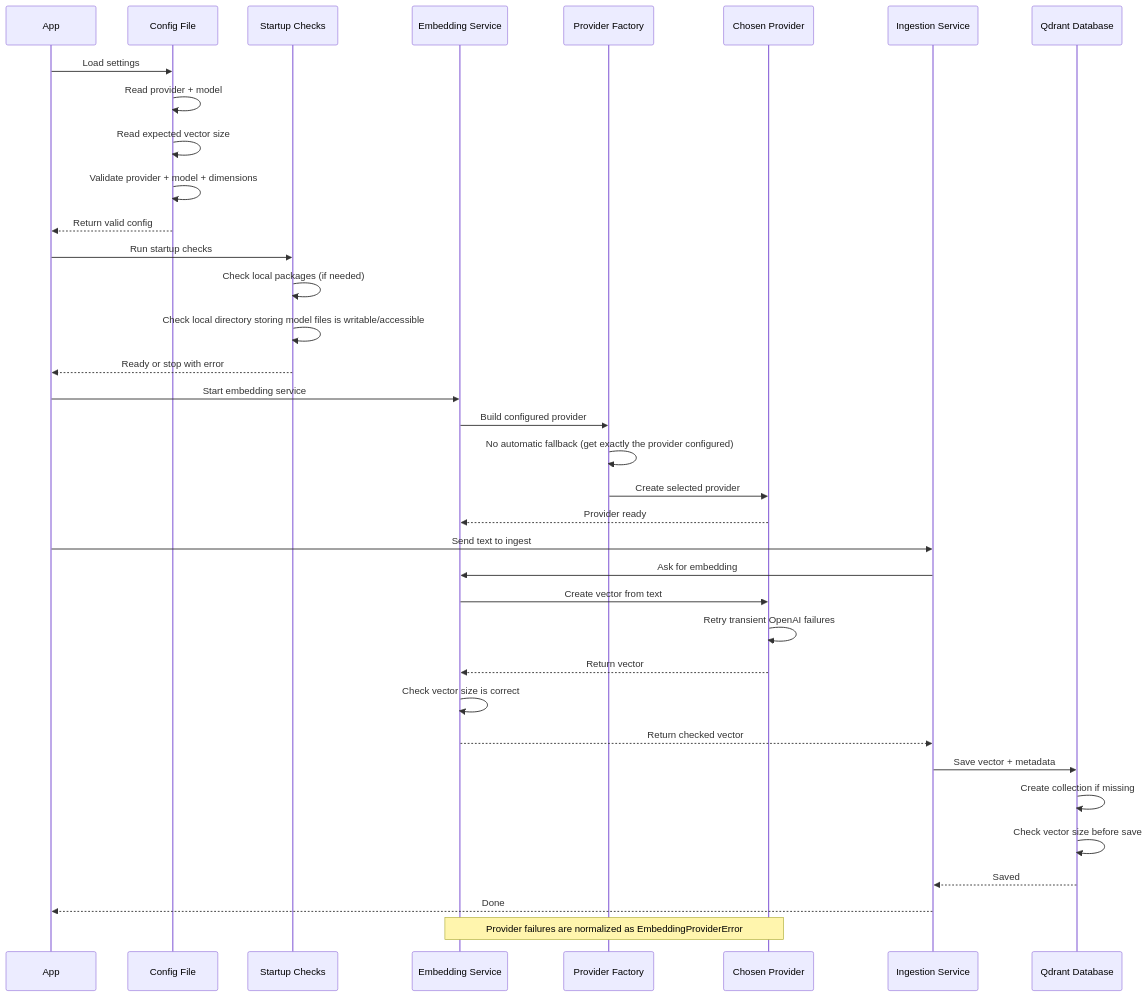
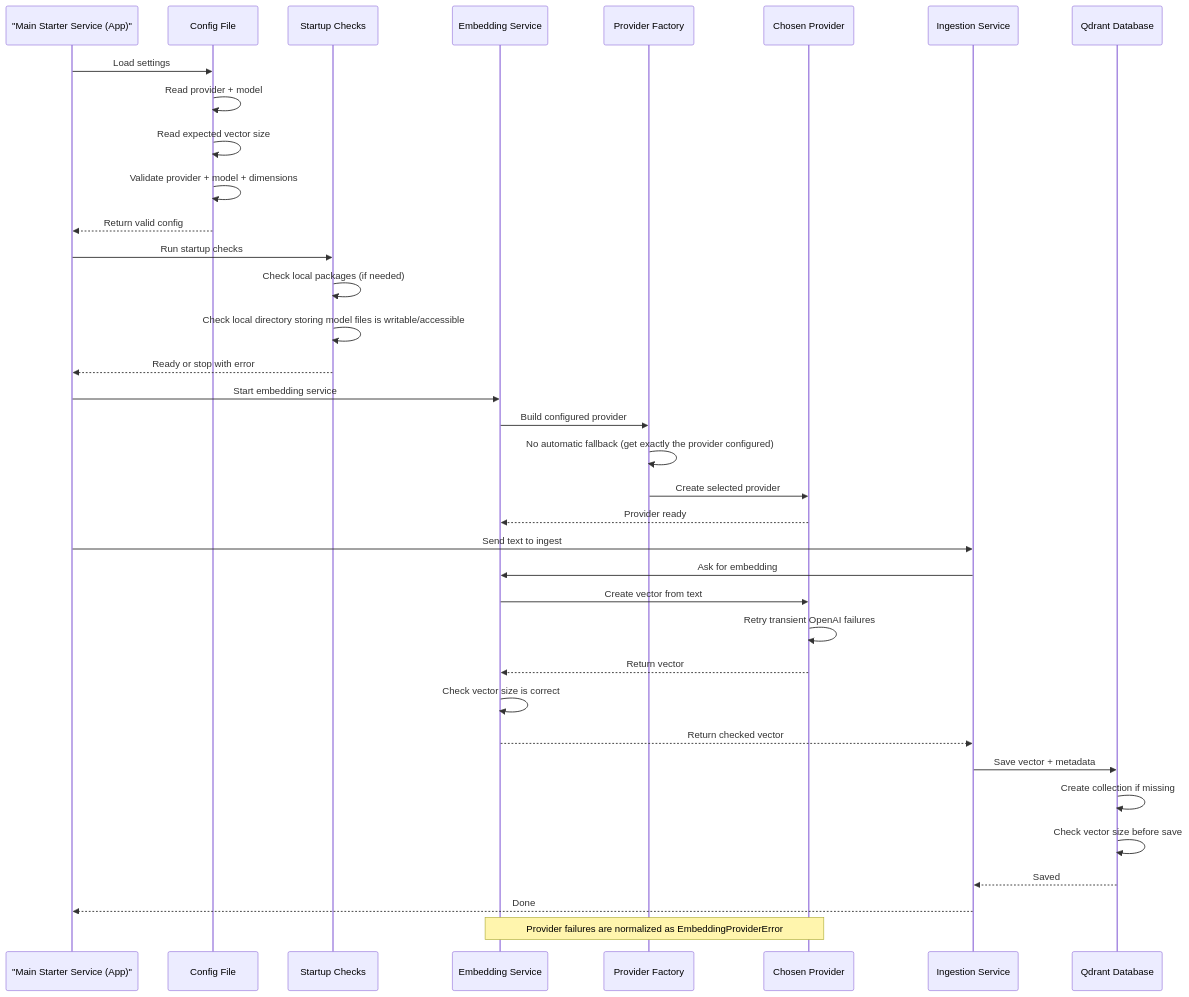
The third of 3 diagrams in README.md (UtpalMattoo/dcker_mcp_setup), drawn with Mermaid before and after one commit. The commit also changed other lines of this file, not shown here.

First line of the commit message:
Clarify runtime hierarchy and App label in README diagrams

````diff
--- a/README.md
+++ b/README.md
@@ -236,44 +243,44 @@
 ```mermaid
 sequenceDiagram
-	participant App as App
+	participant App as "Main Starter Service (App)"
 	participant Config as Config File
 	participant Health as Startup Checks
 	participant Embed as Embedding Service
 	participant Factory as Provider Factory
 	participant Provider as Chosen Provider
 	participant Ingest as Ingestion Service
 	participant DB as Qdrant Database
 
 	App->>Config: Load settings
 	Config->>Config: Read provider + model
 	Config->>Config: Read expected vector size
 	Config->>Config: Validate provider + model + dimensions
 	Config-->>App: Return valid config
 
 	App->>Health: Run startup checks
 	Health->>Health: Check local packages (if needed)
 	Health->>Health: Check local directory storing model files is writable/accessible
 	Health-->>App: Ready or stop with error
 
 	App->>Embed: Start embedding service
 	Embed->>Factory: Build configured provider
 	Factory->>Factory: No automatic fallback (get exactly the provider configured)
 	Factory->>Provider: Create selected provider
 	Provider-->>Embed: Provider ready
 
 	App->>Ingest: Send text to ingest
 	Ingest->>Embed: Ask for embedding
 	Embed->>Provider: Create vector from text
 	Provider->>Provider: Retry transient OpenAI failures
 	Provider-->>Embed: Return vector
 	Embed->>Embed: Check vector size is correct
 	Embed-->>Ingest: Return checked vector
 
 	Ingest->>DB: Save vector + metadata
 	DB->>DB: Create collection if missing
 	DB->>DB: Check vector size before save
 	DB-->>Ingest: Saved
 	Ingest-->>App: Done
 
 	Note over Provider,Embed: Provider failures are normalized as EmbeddingProviderError
 ```
````
